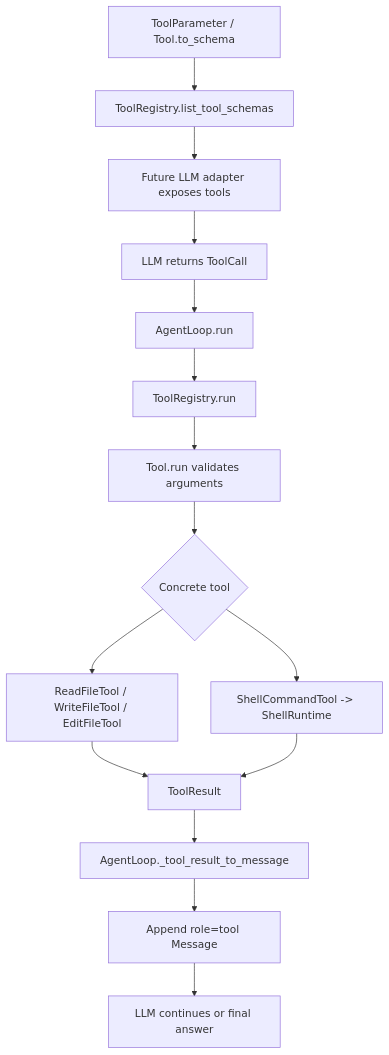
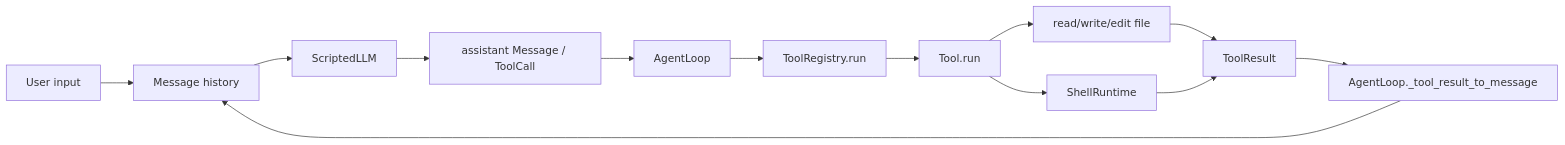
The diagram in README.md (nanhanq1/personal-coding-assistant), drawn with Mermaid before and after one commit. The commit also changed other lines of this file and 16 other files, not shown here.

````diff
--- a/README.md
+++ b/README.md
@@ -100,17 +17,15 @@
 ```mermaid
-flowchart TD
-    A["ToolParameter / Tool.to_schema"] --> B["ToolRegistry.list_tool_schemas"]
-    B --> C["Future LLM adapter exposes tools"]
-    C --> D["LLM returns ToolCall"]
-    D --> E["AgentLoop.run"]
-    E --> F["ToolRegistry.run"]
-    F --> G["Tool.run validates arguments"]
-    G --> H{"Concrete tool"}
-    H --> I["ReadFileTool / WriteFileTool / EditFileTool"]
-    H --> J["ShellCommandTool -> ShellRuntime"]
-    I --> K["ToolResult"]
-    J --> K
-    K --> L["AgentLoop._tool_result_to_message"]
-    L --> M["Append role=tool Message"]
-    M --> N["LLM continues or final answer"]
+flowchart LR
+    U["User input"] --> H["Message history"]
+    H --> L["ScriptedLLM"]
+    L --> A["assistant Message / ToolCall"]
+    A --> Loop["AgentLoop"]
+    Loop --> R["ToolRegistry.run"]
+    R --> T["Tool.run"]
+    T --> F["read/write/edit file"]
+    T --> S["ShellRuntime"]
+    F --> TR["ToolResult"]
+    S --> TR
+    TR --> M["AgentLoop._tool_result_to_message"]
+    M --> H
 ```
````
